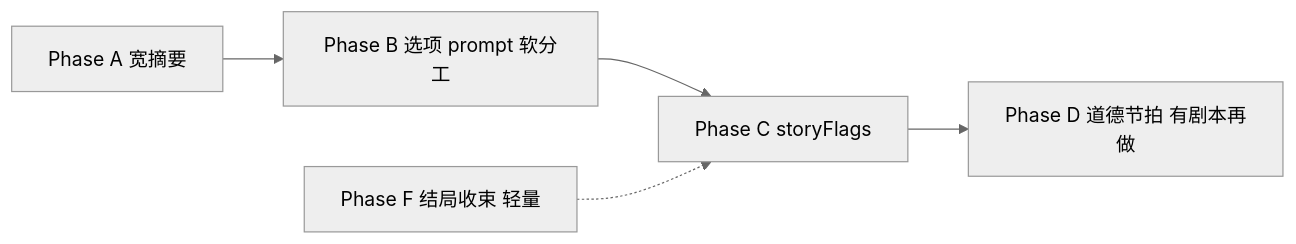
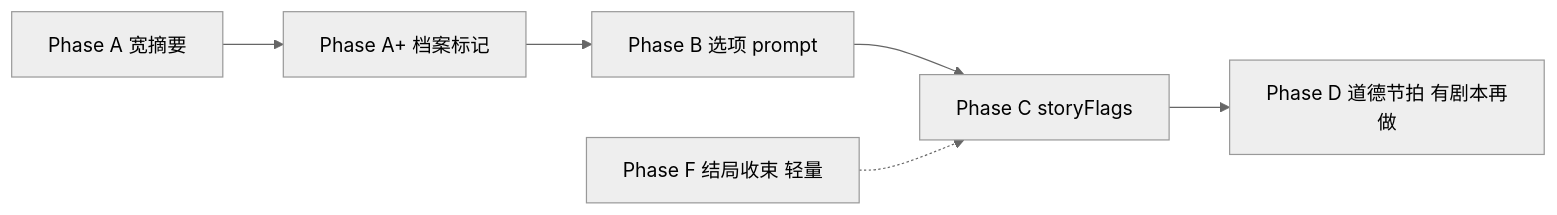
One commit to jk9988610/Points-of-mess changed the diagram in docs/PLAN-narrative-next.md. Above: the diagram before and after it, drawn with Mermaid (neutral theme). The commit also changed other lines of this file and 1 other file, not shown here.

First line of the commit message:
docs: Phase A+ 摘要计划（剧情档案 + Todo 清单）

````diff
--- a/docs/PLAN-narrative-next.md
+++ b/docs/PLAN-narrative-next.md
@@ -50,7 +50,8 @@
 ```mermaid
 flowchart LR
-  A[Phase A 宽摘要] --> B[Phase B 选项 prompt 软分工]
+  A[Phase A 宽摘要] --> Aplus[Phase A+ 档案标记]
+  Aplus --> B[Phase B 选项 prompt]
   B --> C[Phase C storyFlags]
   C --> D[Phase D 道德节拍 有剧本再做]
   F[Phase F 结局收束 轻量] -.-> C
 ```
````
